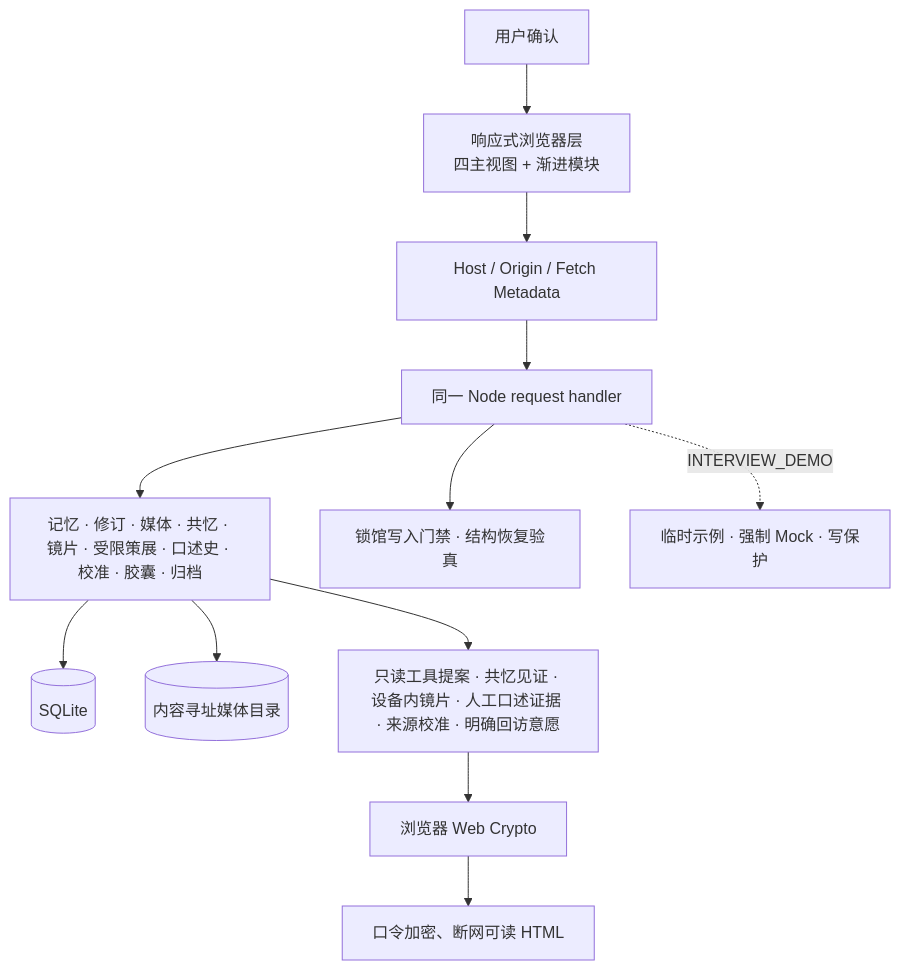
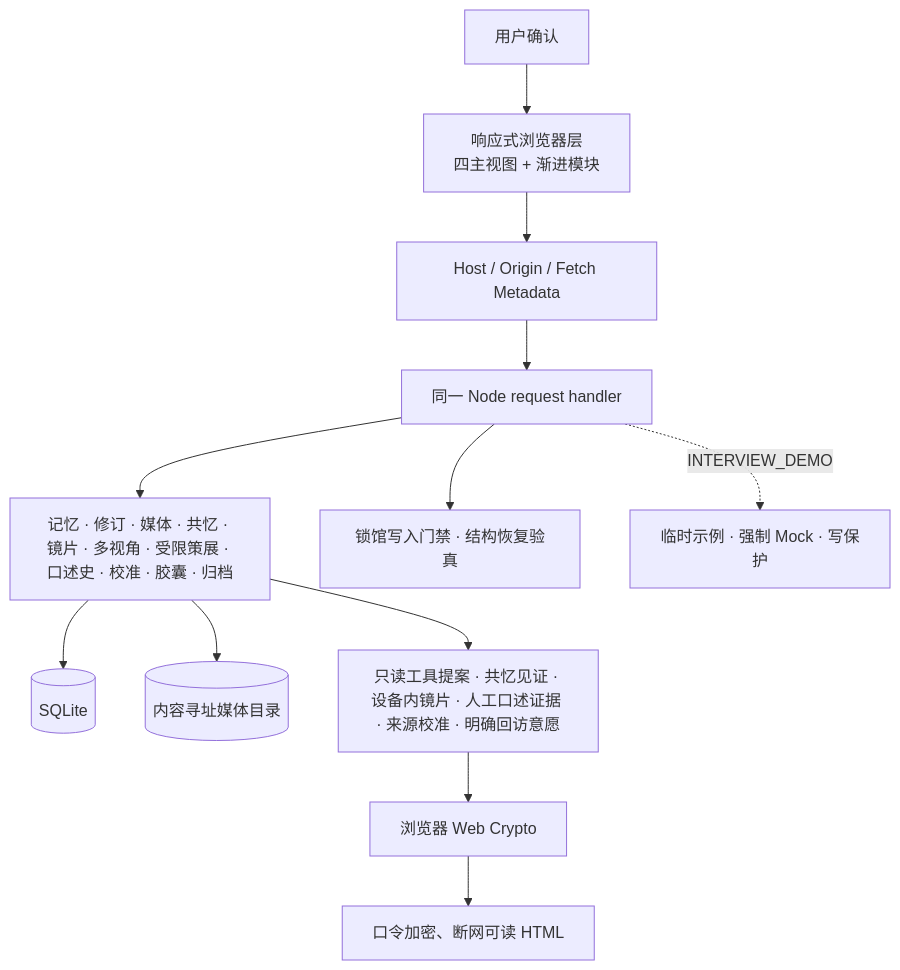
One commit to JieE-212/AI_memory_museum changed the diagram in README.md. Above: the diagram before and after it, drawn with Mermaid. The commit also changed other lines of this file and 9 other files, not shown here.

````diff
--- a/README.md
+++ b/README.md
@@ -72,14 +74,14 @@
 ```mermaid
 flowchart TB
   U["用户确认"] --> B["响应式浏览器层<br/>四主视图 + 渐进模块"]
   B --> S["Host / Origin / Fetch Metadata"]
   S --> H["同一 Node request handler"]
-  H --> D["记忆 · 修订 · 媒体 · 共忆 · 镜片 · 受限策展 · 口述史 · 校准 · 胶囊 · 归档"]
+  H --> D["记忆 · 修订 · 媒体 · 共忆 · 镜片 · 多视角 · 受限策展 · 口述史 · 校准 · 胶囊 · 归档"]
   D --> DB[("SQLite")]
   D --> FS[("内容寻址媒体目录")]
   D --> G["只读工具提案 · 共忆见证 · 设备内镜片 · 人工口述证据 · 来源校准 · 明确回访意愿"]
   G --> C["浏览器 Web Crypto"]
   C --> O["口令加密、断网可读 HTML"]
   H --> L["锁馆写入门禁 · 结构恢复验真"]
   H -. "INTERVIEW_DEMO" .-> X["临时示例 · 强制 Mock · 写保护"]
 ```
````
